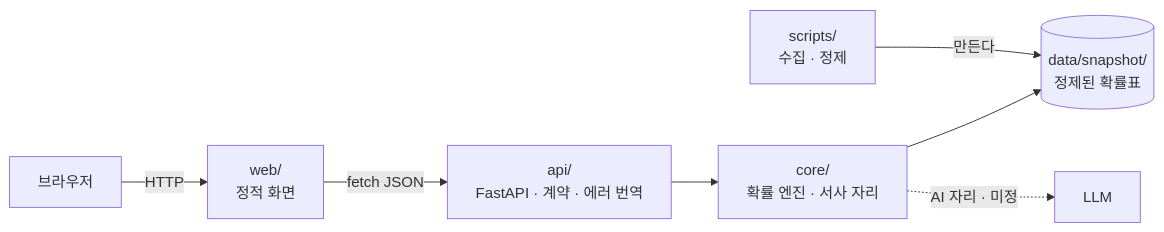
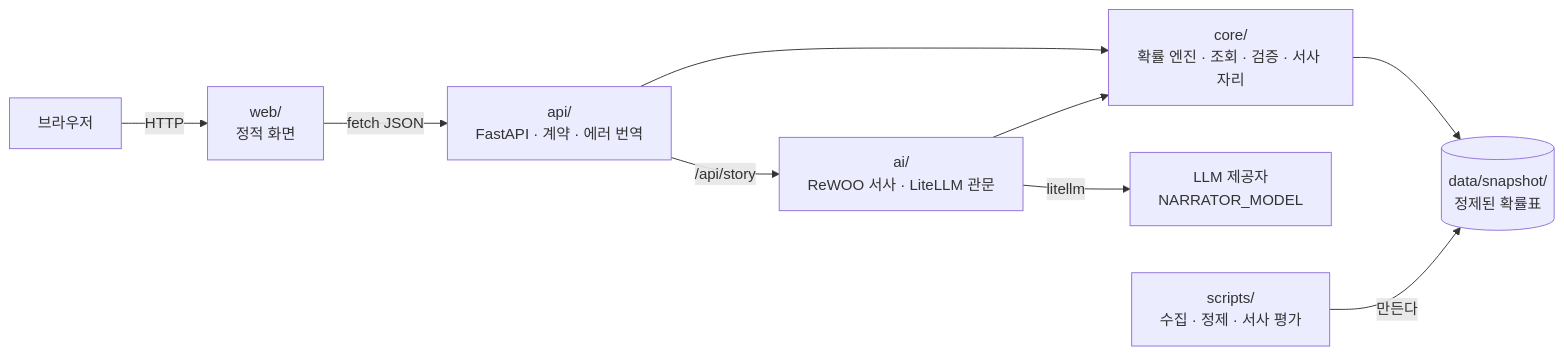
The first of 2 diagrams in docs/architecture.md (wallaby150/ai_service_engineering-track_a), drawn with Mermaid before and after one commit. The commit also changed other lines of this file and 1 other file, not shown here.

Commit message:
Document the ai/ layer, the ReWOO flow, and how each failure is handled

````diff
--- a/docs/architecture.md
+++ b/docs/architecture.md
@@ -5,9 +5,11 @@
 ```mermaid
 graph LR
   B[브라우저] -->|HTTP| W[web/<br/>정적 화면]
   W -->|fetch JSON| API[api/<br/>FastAPI · 계약 · 에러 번역]
-  API --> CORE[core/<br/>확률 엔진 · 서사 자리]
+  API --> CORE[core/<br/>확률 엔진 · 조회 · 검증 · 서사 자리]
+  API -->|/api/story| AI[ai/<br/>ReWOO 서사 · LiteLLM 관문]
+  AI --> CORE
+  AI -->|litellm| LLM[LLM 제공자<br/>NARRATOR_MODEL]
   CORE --> DATA[(data/snapshot/<br/>정제된 확률표)]
-  S[scripts/<br/>수집 · 정제] -->|만든다| DATA
-  CORE -.AI 자리 · 미정.-> LLM[LLM]
+  S[scripts/<br/>수집 · 정제 · 서사 평가] -->|만든다| DATA
 ```
````
